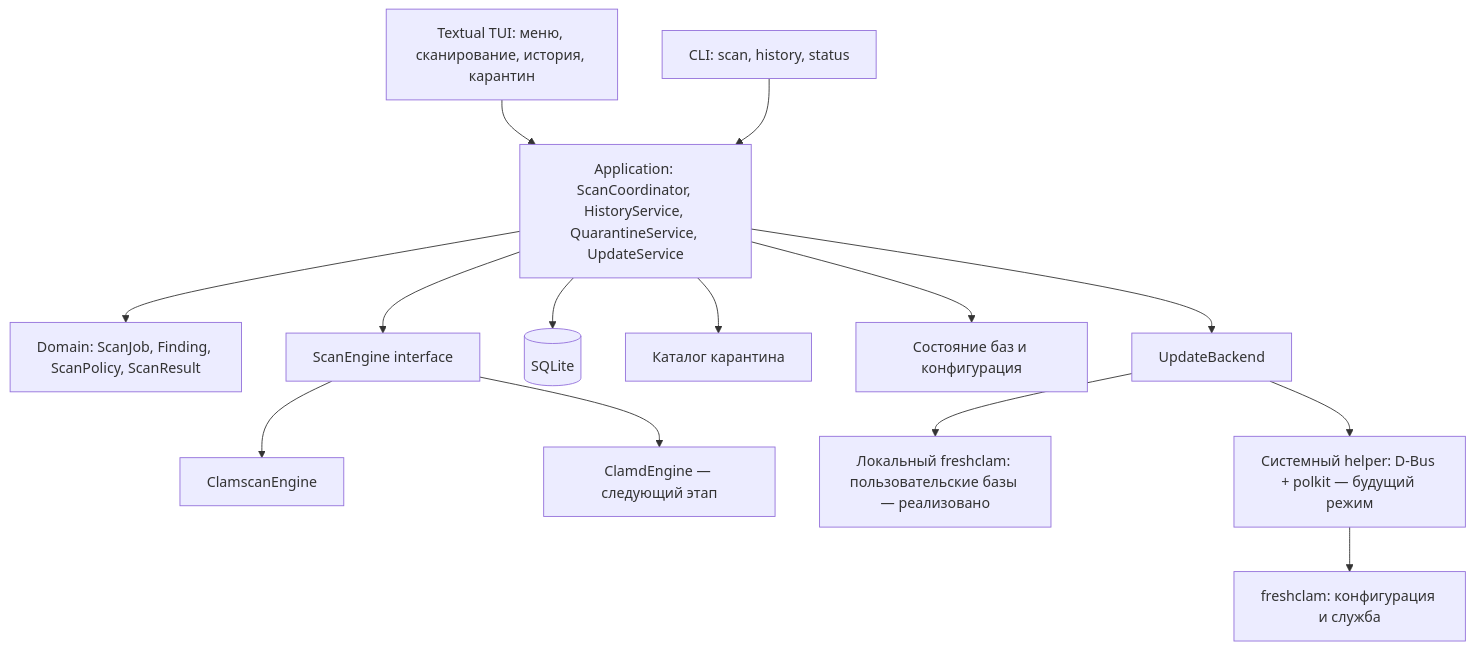
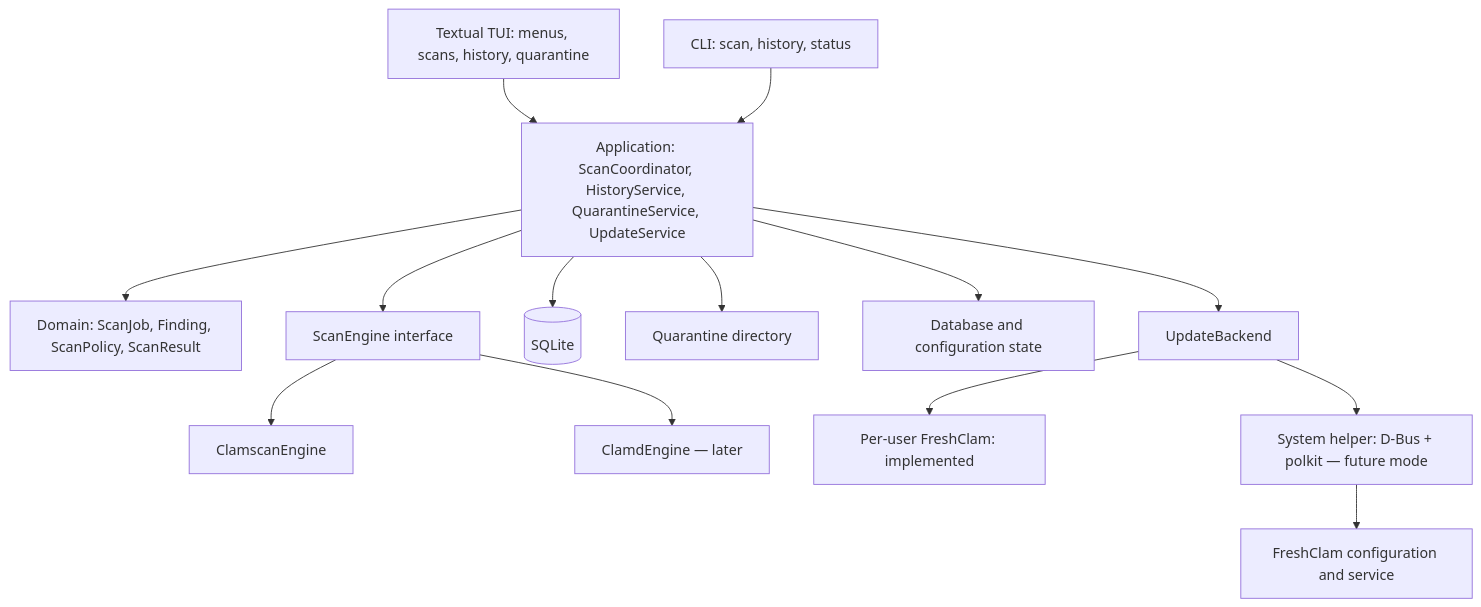
Before and after one commit to user1110101111001111001011110010/clamui: the diagram in docs/architecture.md, drawn with Mermaid. The commit also changed other lines of this file and 16 other files, not shown here.

````diff
--- a/docs/architecture.md
+++ b/docs/architecture.md
@@ -42,26 +46,26 @@
 ```mermaid
 flowchart TD
-    UI[Textual TUI: меню, сканирование, история, карантин]
+    UI[Textual TUI: menus, scans, history, quarantine]
     CMD[CLI: scan, history, status]
     APP[Application: ScanCoordinator, HistoryService, QuarantineService, UpdateService]
     DOMAIN[Domain: ScanJob, Finding, ScanPolicy, ScanResult]
     ENGINE[ScanEngine interface]
-    CLI[ClamscanEngine]
-    DAEMON[ClamdEngine — следующий этап]
+    CLIENGINE[ClamscanEngine]
+    DAEMON[ClamdEngine — later]
     DB[(SQLite)]
-    Q[Каталог карантина]
-    SYS[Состояние баз и конфигурация]
+    Q[Quarantine directory]
+    SYS[Database and configuration state]
     UI --> APP
     CMD --> APP
     APP --> DOMAIN
     APP --> ENGINE
-    ENGINE --> CLI
+    ENGINE --> CLIENGINE
     ENGINE --> DAEMON
     APP --> DB
     APP --> Q
     APP --> SYS
     APP --> UP[UpdateBackend]
-    UP --> LOCAL[Локальный freshclam: пользовательские базы — реализовано]
-    UP --> HELPER[Системный helper: D-Bus + polkit — будущий режим]
-    HELPER --> FC[freshclam: конфигурация и служба]
+    UP --> LOCAL[Per-user FreshClam: implemented]
+    UP --> HELPER[System helper: D-Bus + polkit — future mode]
+    HELPER --> FC[FreshClam configuration and service]
 ```
````
